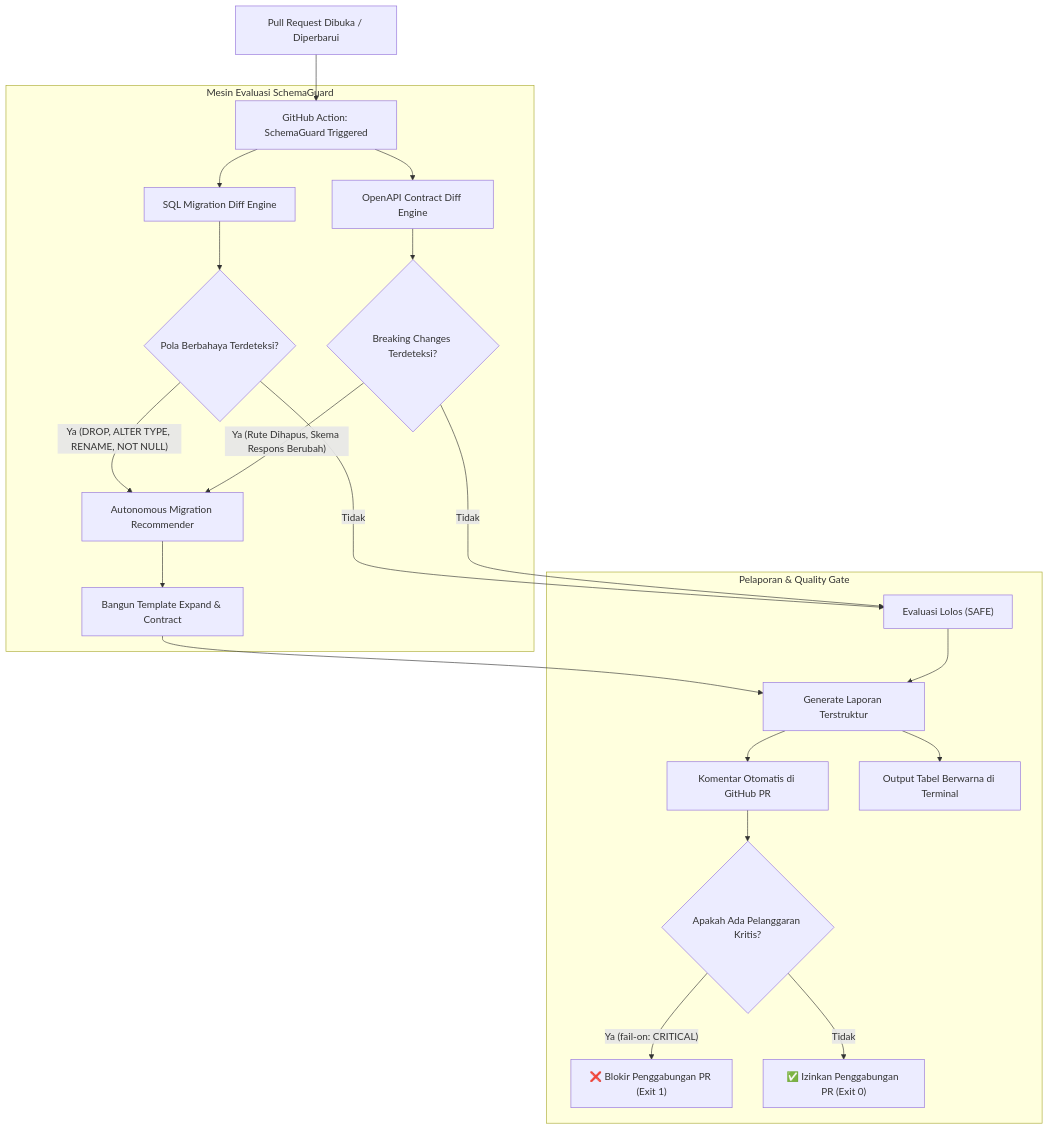
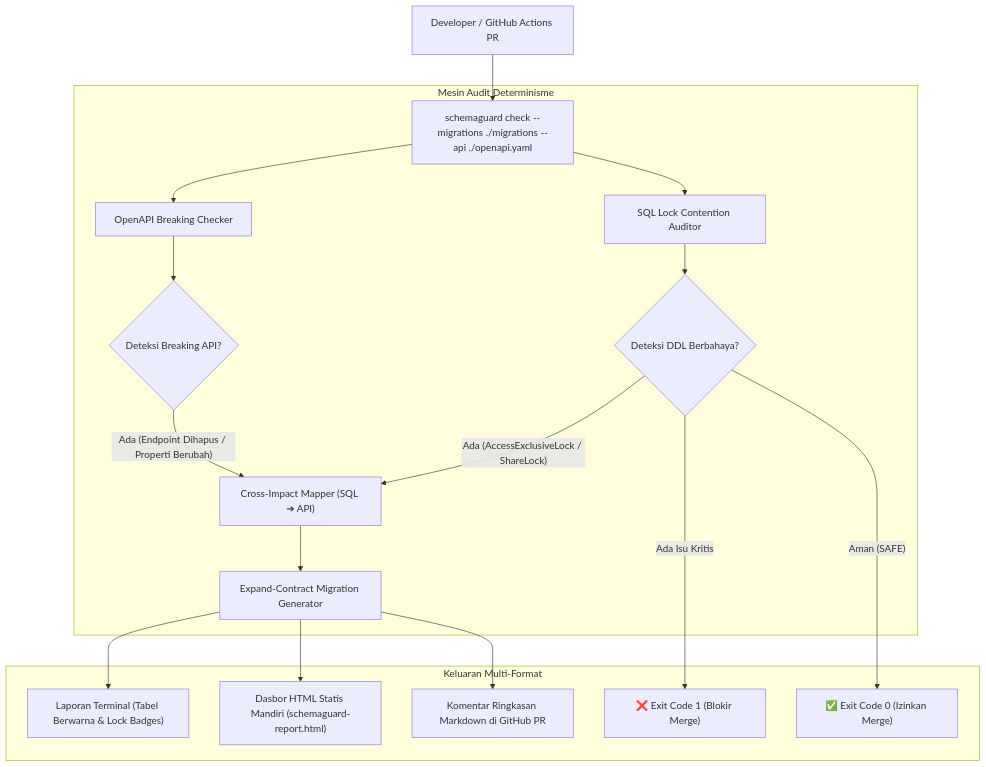
One commit to ChoqySirait/schemaguard changed the diagram in README.md. Above: the diagram before and after it, drawn with Mermaid. The commit also changed other lines of this file, not shown here.

````diff
--- a/README.md
+++ b/README.md
@@ -22,31 +29,26 @@
 ```mermaid
 flowchart TD
-    A["Pull Request Dibuka / Diperbarui"] --> B["GitHub Action: SchemaGuard Triggered"]
-    
-    subgraph Engine ["Mesin Evaluasi SchemaGuard"]
-        B --> C["SQL Migration Diff Engine"]
-        B --> D["OpenAPI Contract Diff Engine"]
-        
-        C --> E{"Pola Berbahaya Terdeteksi?"}
-        D --> F{"Breaking Changes Terdeteksi?"}
-        
-        E -- "Ya (DROP, ALTER TYPE, RENAME, NOT NULL)" --> G["Autonomous Migration Recommender"]
-        F -- "Ya (Rute Dihapus, Skema Respons Berubah)" --> G
-        
-        G --> H["Bangun Template Expand & Contract"]
+    A["Developer / GitHub Actions PR"] --> B["schemaguard check --migrations ./migrations --api ./openapi.yaml"]
+
+    subgraph Auditor ["Mesin Audit Determinisme"]
+        B --> C["SQL Lock Contention Auditor"]
+        B --> D["OpenAPI Breaking Checker"]
+
+        C --> E{"Deteksi DDL Berbahaya?"}
+        D --> F{"Deteksi Breaking API?"}
+
+        E -- "Ada (AccessExclusiveLock / ShareLock)" --> G["Cross-Impact Mapper (SQL ➔ API)"]
+        F -- "Ada (Endpoint Dihapus / Properti Berubah)" --> G
+
+        G --> H["Expand-Contract Migration Generator"]
     end
 
-    subgraph Output ["Pelaporan & Quality Gate"]
-        E -- "Tidak" --> I["Evaluasi Lolos (SAFE)"]
-        F -- "Tidak" --> I
-        H --> J["Generate Laporan Terstruktur"]
-        I --> J
-        
-        J --> K["Komentar Otomatis di GitHub PR"]
-        J --> L["Output Tabel Berwarna di Terminal"]
-        
-        K --> M{"Apakah Ada Pelanggaran Kritis?"}
-        M -- "Ya (fail-on: CRITICAL)" --> N["❌ Blokir Penggabungan PR (Exit 1)"]
-        M -- "Tidak" --> O["✅ Izinkan Penggabungan PR (Exit 0)"]
+    subgraph Output ["Keluaran Multi-Format"]
+        H --> I["Laporan Terminal (Tabel Berwarna & Lock Badges)"]
+        H --> J["Dasbor HTML Statis Mandiri (schemaguard-report.html)"]
+        H --> K["Komentar Ringkasan Markdown di GitHub PR"]
+
+        E -- "Ada Isu Kritis" --> L["❌ Exit Code 1 (Blokir Merge)"]
+        E -- "Aman (SAFE)" --> M["✅ Exit Code 0 (Izinkan Merge)"]
     end
 ```
````
